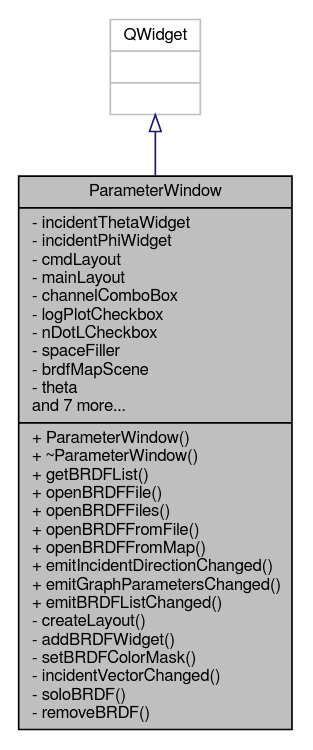
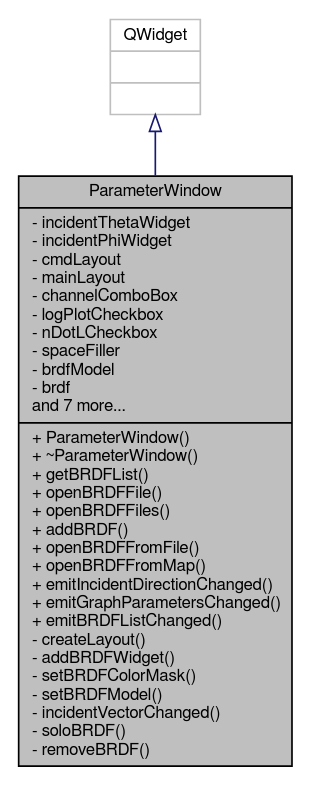
The diagram in docs/class_parameter_window__inherit__graph.dot (bsella/brdf), drawn with Graphviz before and after one commit. The commit also changed 461 other files, not shown here.

```diff
--- a/docs/class_parameter_window__inherit__graph.dot
+++ b/docs/class_parameter_window__inherit__graph.dot
@@ -1,9 +1,9 @@
 digraph "ParameterWindow"
 {
  // LATEX_PDF_SIZE
   edge [fontname="FreeSans",fontsize="10",labelfontname="FreeSans",labelfontsize="10"];
   node [fontname="FreeSans",fontsize="10",shape=record];
-  Node0 [label="{ParameterWindow\n|- incidentThetaWidget\l- incidentPhiWidget\l- cmdLayout\l- mainLayout\l- channelComboBox\l- logPlotCheckbox\l- nDotLCheckbox\l- spaceFiller\l- brdfMapScene\l- theta\land 7 more...\l|+ ParameterWindow()\l+ ~ParameterWindow()\l+ getBRDFList()\l+ openBRDFFile()\l+ openBRDFFiles()\l+ openBRDFFromFile()\l+ openBRDFFromMap()\l+ emitIncidentDirectionChanged()\l+ emitGraphParametersChanged()\l+ emitBRDFListChanged()\l- createLayout()\l- addBRDFWidget()\l- setBRDFColorMask()\l- incidentVectorChanged()\l- soloBRDF()\l- removeBRDF()\l}",height=0.2,width=0.4,color="black", fillcolor="grey75", style="filled", fontcolor="black",tooltip=" "];
+  Node0 [label="{ParameterWindow\n|- incidentThetaWidget\l- incidentPhiWidget\l- cmdLayout\l- mainLayout\l- channelComboBox\l- logPlotCheckbox\l- nDotLCheckbox\l- spaceFiller\l- brdfModel\l- brdf\land 7 more...\l|+ ParameterWindow()\l+ ~ParameterWindow()\l+ getBRDFList()\l+ openBRDFFile()\l+ openBRDFFiles()\l+ addBRDF()\l+ openBRDFFromFile()\l+ openBRDFFromMap()\l+ emitIncidentDirectionChanged()\l+ emitGraphParametersChanged()\l+ emitBRDFListChanged()\l- createLayout()\l- addBRDFWidget()\l- setBRDFColorMask()\l- setBRDFModel()\l- incidentVectorChanged()\l- soloBRDF()\l- removeBRDF()\l}",height=0.2,width=0.4,color="black", fillcolor="grey75", style="filled", fontcolor="black",tooltip=" "];
   Node1 -> Node0 [dir="back",color="midnightblue",fontsize="10",style="solid",arrowtail="onormal",fontname="FreeSans"];
   Node1 [label="{QWidget\n||}",height=0.2,width=0.4,color="grey75", fillcolor="white", style="filled",tooltip=" "];
 }
```
